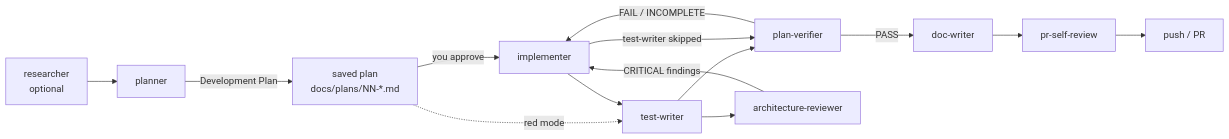
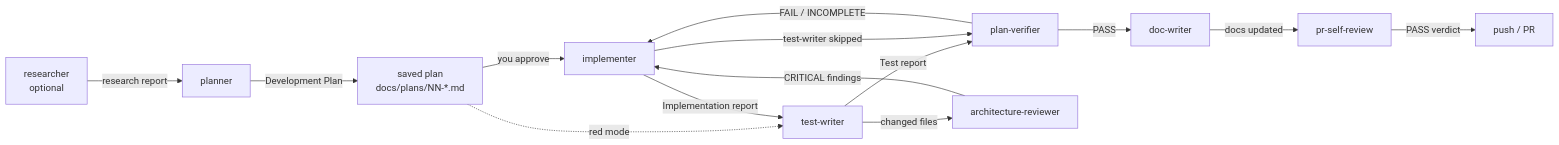
The diagram in .claude/agents/README.md (artemmmon/dev-digest), drawn with Mermaid before and after one commit. The commit also changed other lines of this file and 2 other files, not shown here.

Commit message:
fix: close plan-verifier gaps in the workflow subagents
- label every edge of the feature-flow diagram
- cite mermaid-diagram in doc-writer's sources
- architecture-reviewer reads its checks and skills from routing.json
- INSIGHTS entry points at pr-finding-verifier.md:14-16

````diff
--- a/.claude/agents/README.md
+++ b/.claude/agents/README.md
@@ -50,16 +51,16 @@
 ```mermaid
 flowchart LR
-  R[researcher<br/>optional] --> P[planner]
+  R[researcher<br/>optional] -->|research report| P[planner]
   P -->|Development Plan| S[saved plan<br/>docs/plans/NN-*.md]
   S -->|you approve| I[implementer]
   S -.->|red mode| TW[test-writer]
-  I --> TW
-  TW --> PV[plan-verifier]
-  TW --> AR[architecture-reviewer]
+  I -->|Implementation report| TW
+  TW -->|Test report| PV[plan-verifier]
+  TW -->|changed files| AR[architecture-reviewer]
   I -->|test-writer skipped| PV
   AR -->|CRITICAL findings| I
   PV -->|FAIL / INCOMPLETE| I
   PV -->|PASS| DW[doc-writer]
-  DW --> SR[pr-self-review]
-  SR --> PUSH[push / PR]
+  DW -->|docs updated| SR[pr-self-review]
+  SR -->|PASS verdict| PUSH[push / PR]
 ```
````
